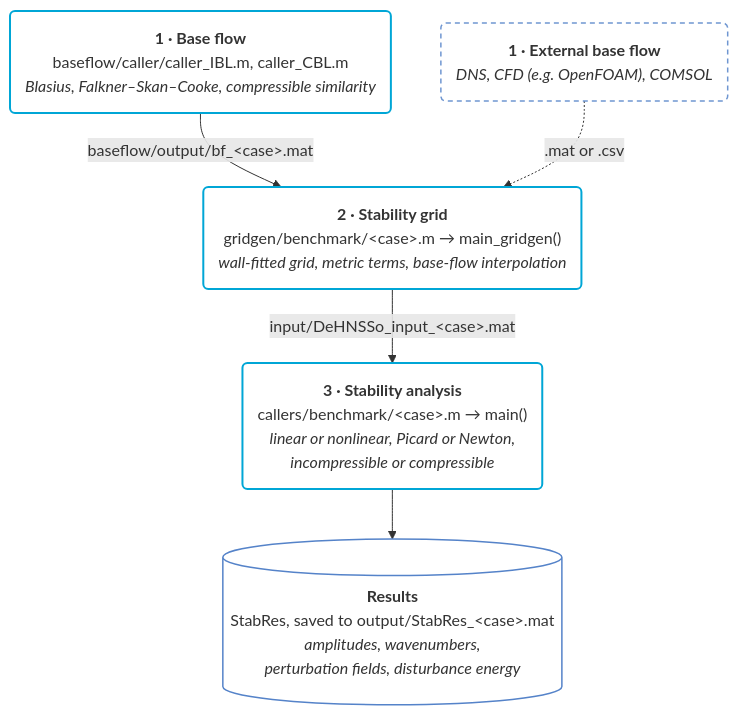
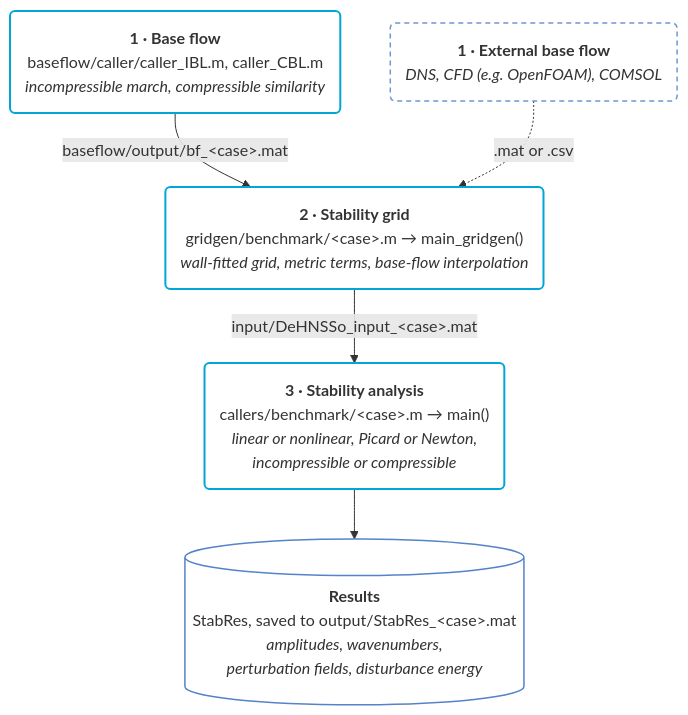
One commit to pcboldini/DeHNSSo changed the diagram in README.md. Above: the diagram before and after it, drawn with Mermaid. The commit also changed other lines of this file and 11 other files, not shown here.

Commit message:
v2.0.1: suction in IBL and CBL added

````diff
--- a/README.md
+++ b/README.md
@@ -107,18 +107,18 @@
 ```mermaid
 %%{init: {"flowchart": {"wrappingWidth": 400}}}%%
 flowchart TD
     classDef step fill:none,stroke:#00A6D6,stroke-width:2px;
     classDef ext fill:none,stroke:#6F96D1,stroke-width:1.5px,stroke-dasharray:5 4;
     classDef res fill:none,stroke:#5583C9,stroke-width:1.5px;
 
-    BL("<b>1 · Base flow</b><br/>baseflow/caller/caller_IBL.m, caller_CBL.m<br/><i>Blasius, Falkner–Skan–Cooke, compressible similarity</i>"):::step
+    BL("<b>1 · Base flow</b><br/>baseflow/caller/caller_IBL.m, caller_CBL.m<br/><i>incompressible march, compressible similarity</i>"):::step
     EXT("<b>1 · External base flow</b><br/><i>DNS, CFD (e.g. OpenFOAM), COMSOL</i>"):::ext
     GG("<b>2 · Stability grid</b><br/>gridgen/benchmark/&lt;case&gt;.m → main_gridgen()<br/><i>wall-fitted grid, metric terms, base-flow interpolation</i>"):::step
     HNS("<b>3 · Stability analysis</b><br/>callers/benchmark/&lt;case&gt;.m → main()<br/><i>linear or nonlinear, Picard or Newton,<br/>incompressible or compressible</i>"):::step
     RES[("<b>Results</b><br/>StabRes, saved to output/StabRes_&lt;case&gt;.mat<br/><i>amplitudes, wavenumbers,<br/>perturbation fields, disturbance energy</i>")]:::res
 
     BL -- "baseflow/output/bf_&lt;case&gt;.mat" --> GG
     EXT -. ".mat or .csv" .-> GG
     GG -- "input/DeHNSSo_input_&lt;case&gt;.mat" --> HNS
     HNS --> RES
 ```
````
